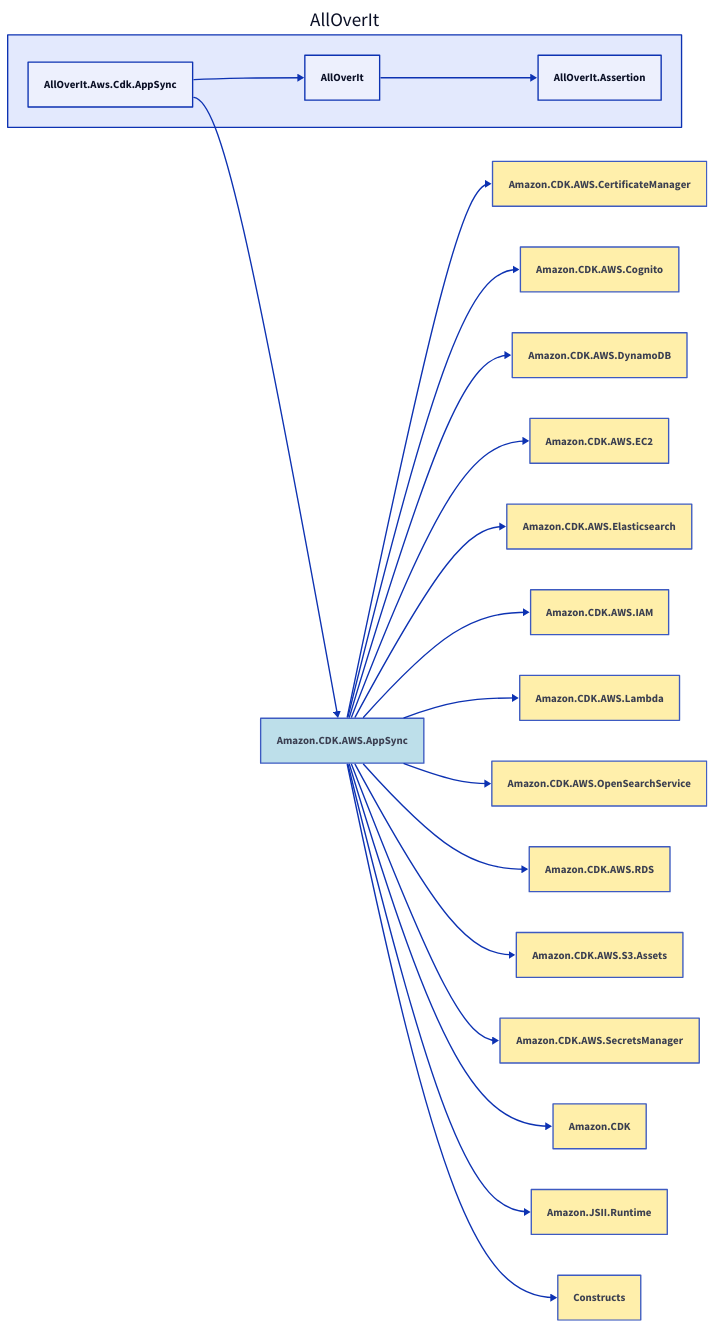
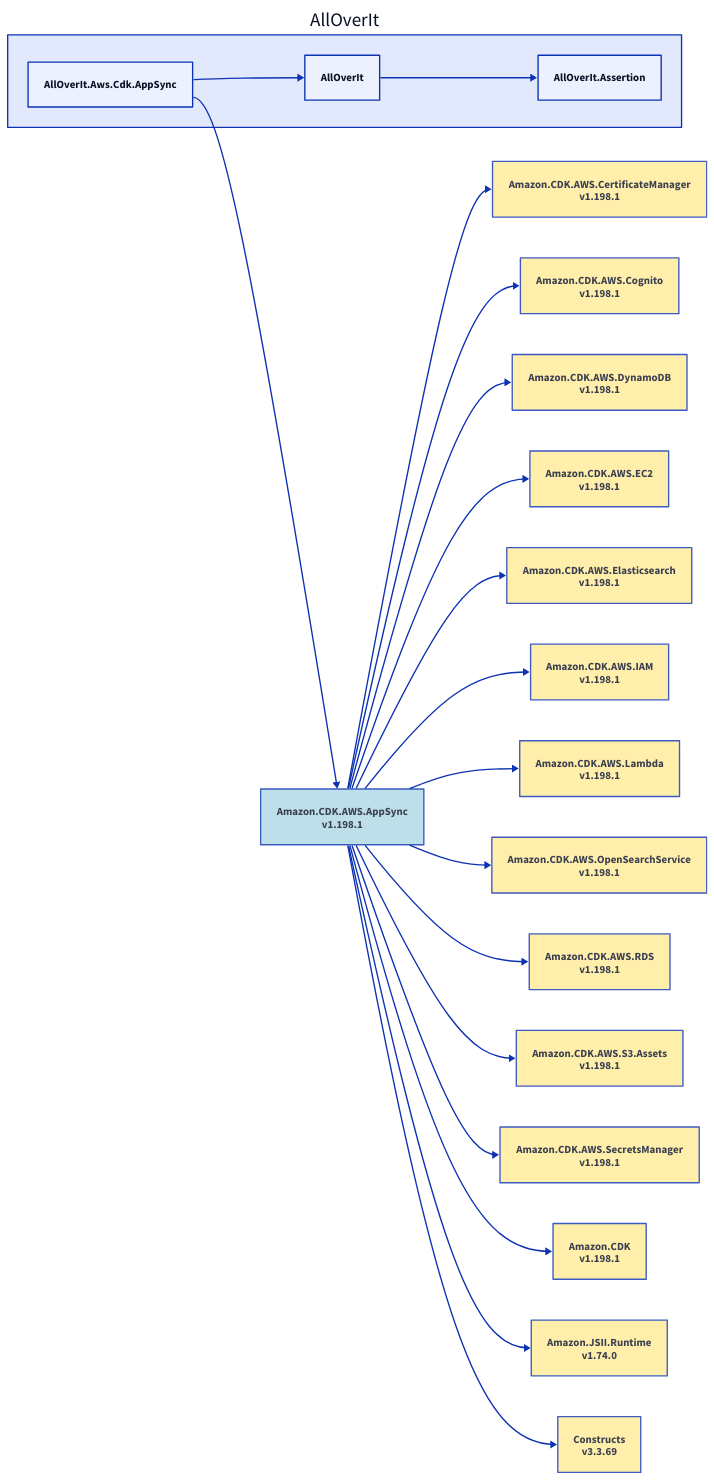
The diagram in Docs/Dependencies/alloverit-aws-cdk-appsync.d2 (nickathone/AllOverIt), drawn with D2 before and after one commit. The commit also changed 62 other files, not shown here.

```diff
--- a/Docs/Dependencies/alloverit-aws-cdk-appsync.d2
+++ b/Docs/Dependencies/alloverit-aws-cdk-appsync.d2
@@ -1,68 +1,68 @@
 direction: right
 
 aoi: AllOverIt
 aoi.alloverit-aws-cdk-appsync: AllOverIt.Aws.Cdk.AppSync
-amazon-cdk-aws-appsync: Amazon.CDK.AWS.AppSync
-amazon-cdk-aws-appsync.style.fill: "#ADD8E6"
-amazon-cdk-aws-appsync.style.opacity: 0.8
-amazon-cdk-aws-certificatemanager: Amazon.CDK.AWS.CertificateManager
-amazon-cdk-aws-certificatemanager.style.fill: "#FFEC96"
-amazon-cdk-aws-certificatemanager.style.opacity: 0.8
-amazon-cdk-aws-certificatemanager <- amazon-cdk-aws-appsync
-amazon-cdk-aws-cognito: Amazon.CDK.AWS.Cognito
-amazon-cdk-aws-cognito.style.fill: "#FFEC96"
-amazon-cdk-aws-cognito.style.opacity: 0.8
-amazon-cdk-aws-cognito <- amazon-cdk-aws-appsync
-amazon-cdk-aws-dynamodb: Amazon.CDK.AWS.DynamoDB
-amazon-cdk-aws-dynamodb.style.fill: "#FFEC96"
-amazon-cdk-aws-dynamodb.style.opacity: 0.8
-amazon-cdk-aws-dynamodb <- amazon-cdk-aws-appsync
-amazon-cdk-aws-ec2: Amazon.CDK.AWS.EC2
-amazon-cdk-aws-ec2.style.fill: "#FFEC96"
-amazon-cdk-aws-ec2.style.opacity: 0.8
-amazon-cdk-aws-ec2 <- amazon-cdk-aws-appsync
-amazon-cdk-aws-elasticsearch: Amazon.CDK.AWS.Elasticsearch
-amazon-cdk-aws-elasticsearch.style.fill: "#FFEC96"
-amazon-cdk-aws-elasticsearch.style.opacity: 0.8
-amazon-cdk-aws-elasticsearch <- amazon-cdk-aws-appsync
-amazon-cdk-aws-iam: Amazon.CDK.AWS.IAM
-amazon-cdk-aws-iam.style.fill: "#FFEC96"
-amazon-cdk-aws-iam.style.opacity: 0.8
-amazon-cdk-aws-iam <- amazon-cdk-aws-appsync
-amazon-cdk-aws-lambda: Amazon.CDK.AWS.Lambda
-amazon-cdk-aws-lambda.style.fill: "#FFEC96"
-amazon-cdk-aws-lambda.style.opacity: 0.8
-amazon-cdk-aws-lambda <- amazon-cdk-aws-appsync
-amazon-cdk-aws-opensearchservice: Amazon.CDK.AWS.OpenSearchService
-amazon-cdk-aws-opensearchservice.style.fill: "#FFEC96"
-amazon-cdk-aws-opensearchservice.style.opacity: 0.8
-amazon-cdk-aws-opensearchservice <- amazon-cdk-aws-appsync
-amazon-cdk-aws-rds: Amazon.CDK.AWS.RDS
-amazon-cdk-aws-rds.style.fill: "#FFEC96"
-amazon-cdk-aws-rds.style.opacity: 0.8
-amazon-cdk-aws-rds <- amazon-cdk-aws-appsync
-amazon-cdk-aws-s3-assets: Amazon.CDK.AWS.S3.Assets
-amazon-cdk-aws-s3-assets.style.fill: "#FFEC96"
-amazon-cdk-aws-s3-assets.style.opacity: 0.8
-amazon-cdk-aws-s3-assets <- amazon-cdk-aws-appsync
-amazon-cdk-aws-secretsmanager: Amazon.CDK.AWS.SecretsManager
-amazon-cdk-aws-secretsmanager.style.fill: "#FFEC96"
-amazon-cdk-aws-secretsmanager.style.opacity: 0.8
-amazon-cdk-aws-secretsmanager <- amazon-cdk-aws-appsync
-amazon-cdk: Amazon.CDK
-amazon-cdk.style.fill: "#FFEC96"
-amazon-cdk.style.opacity: 0.8
-amazon-cdk <- amazon-cdk-aws-appsync
-amazon-jsii-runtime: Amazon.JSII.Runtime
-amazon-jsii-runtime.style.fill: "#FFEC96"
-amazon-jsii-runtime.style.opacity: 0.8
-amazon-jsii-runtime <- amazon-cdk-aws-appsync
-constructs: Constructs
-constructs.style.fill: "#FFEC96"
-constructs.style.opacity: 0.8
-constructs <- amazon-cdk-aws-appsync
-amazon-cdk-aws-appsync <- aoi.alloverit-aws-cdk-appsync
+amazon-cdk-aws-appsync_1-198-1: Amazon.CDK.AWS.AppSync\nv1.198.1
+amazon-cdk-aws-appsync_1-198-1.style.fill: "#ADD8E6"
+amazon-cdk-aws-appsync_1-198-1.style.opacity: 0.8
+amazon-cdk-aws-certificatemanager_1-198-1: Amazon.CDK.AWS.CertificateManager\nv1.198.1
+amazon-cdk-aws-certificatemanager_1-198-1.style.fill: "#FFEC96"
+amazon-cdk-aws-certificatemanager_1-198-1.style.opacity: 0.8
+amazon-cdk-aws-certificatemanager_1-198-1 <- amazon-cdk-aws-appsync_1-198-1
+amazon-cdk-aws-cognito_1-198-1: Amazon.CDK.AWS.Cognito\nv1.198.1
+amazon-cdk-aws-cognito_1-198-1.style.fill: "#FFEC96"
+amazon-cdk-aws-cognito_1-198-1.style.opacity: 0.8
+amazon-cdk-aws-cognito_1-198-1 <- amazon-cdk-aws-appsync_1-198-1
+amazon-cdk-aws-dynamodb_1-198-1: Amazon.CDK.AWS.DynamoDB\nv1.198.1
+amazon-cdk-aws-dynamodb_1-198-1.style.fill: "#FFEC96"
+amazon-cdk-aws-dynamodb_1-198-1.style.opacity: 0.8
+amazon-cdk-aws-dynamodb_1-198-1 <- amazon-cdk-aws-appsync_1-198-1
+amazon-cdk-aws-ec2_1-198-1: Amazon.CDK.AWS.EC2\nv1.198.1
+amazon-cdk-aws-ec2_1-198-1.style.fill: "#FFEC96"
+amazon-cdk-aws-ec2_1-198-1.style.opacity: 0.8
+amazon-cdk-aws-ec2_1-198-1 <- amazon-cdk-aws-appsync_1-198-1
+amazon-cdk-aws-elasticsearch_1-198-1: Amazon.CDK.AWS.Elasticsearch\nv1.198.1
+amazon-cdk-aws-elasticsearch_1-198-1.style.fill: "#FFEC96"
+amazon-cdk-aws-elasticsearch_1-198-1.style.opacity: 0.8
+amazon-cdk-aws-elasticsearch_1-198-1 <- amazon-cdk-aws-appsync_1-198-1
+amazon-cdk-aws-iam_1-198-1: Amazon.CDK.AWS.IAM\nv1.198.1
+amazon-cdk-aws-iam_1-198-1.style.fill: "#FFEC96"
+amazon-cdk-aws-iam_1-198-1.style.opacity: 0.8
+amazon-cdk-aws-iam_1-198-1 <- amazon-cdk-aws-appsync_1-198-1
+amazon-cdk-aws-lambda_1-198-1: Amazon.CDK.AWS.Lambda\nv1.198.1
+amazon-cdk-aws-lambda_1-198-1.style.fill: "#FFEC96"
+amazon-cdk-aws-lambda_1-198-1.style.opacity: 0.8
+amazon-cdk-aws-lambda_1-198-1 <- amazon-cdk-aws-appsync_1-198-1
+amazon-cdk-aws-opensearchservice_1-198-1: Amazon.CDK.AWS.OpenSearchService\nv1.198.1
+amazon-cdk-aws-opensearchservice_1-198-1.style.fill: "#FFEC96"
+amazon-cdk-aws-opensearchservice_1-198-1.style.opacity: 0.8
+amazon-cdk-aws-opensearchservice_1-198-1 <- amazon-cdk-aws-appsync_1-198-1
+amazon-cdk-aws-rds_1-198-1: Amazon.CDK.AWS.RDS\nv1.198.1
+amazon-cdk-aws-rds_1-198-1.style.fill: "#FFEC96"
+amazon-cdk-aws-rds_1-198-1.style.opacity: 0.8
+amazon-cdk-aws-rds_1-198-1 <- amazon-cdk-aws-appsync_1-198-1
+amazon-cdk-aws-s3-assets_1-198-1: Amazon.CDK.AWS.S3.Assets\nv1.198.1
+amazon-cdk-aws-s3-assets_1-198-1.style.fill: "#FFEC96"
+amazon-cdk-aws-s3-assets_1-198-1.style.opacity: 0.8
+amazon-cdk-aws-s3-assets_1-198-1 <- amazon-cdk-aws-appsync_1-198-1
+amazon-cdk-aws-secretsmanager_1-198-1: Amazon.CDK.AWS.SecretsManager\nv1.198.1
+amazon-cdk-aws-secretsmanager_1-198-1.style.fill: "#FFEC96"
+amazon-cdk-aws-secretsmanager_1-198-1.style.opacity: 0.8
+amazon-cdk-aws-secretsmanager_1-198-1 <- amazon-cdk-aws-appsync_1-198-1
+amazon-cdk_1-198-1: Amazon.CDK\nv1.198.1
+amazon-cdk_1-198-1.style.fill: "#FFEC96"
+amazon-cdk_1-198-1.style.opacity: 0.8
+amazon-cdk_1-198-1 <- amazon-cdk-aws-appsync_1-198-1
+amazon-jsii-runtime_1-74-0: Amazon.JSII.Runtime\nv1.74.0
+amazon-jsii-runtime_1-74-0.style.fill: "#FFEC96"
+amazon-jsii-runtime_1-74-0.style.opacity: 0.8
+amazon-jsii-runtime_1-74-0 <- amazon-cdk-aws-appsync_1-198-1
+constructs_3-3-69: Constructs\nv3.3.69
+constructs_3-3-69.style.fill: "#FFEC96"
+constructs_3-3-69.style.opacity: 0.8
+constructs_3-3-69 <- amazon-cdk-aws-appsync_1-198-1
+amazon-cdk-aws-appsync_1-198-1 <- aoi.alloverit-aws-cdk-appsync
 aoi.alloverit: AllOverIt
 aoi.alloverit-assertion: AllOverIt.Assertion
 aoi.alloverit-assertion <- aoi.alloverit
 aoi.alloverit <- aoi.alloverit-aws-cdk-appsync
```
